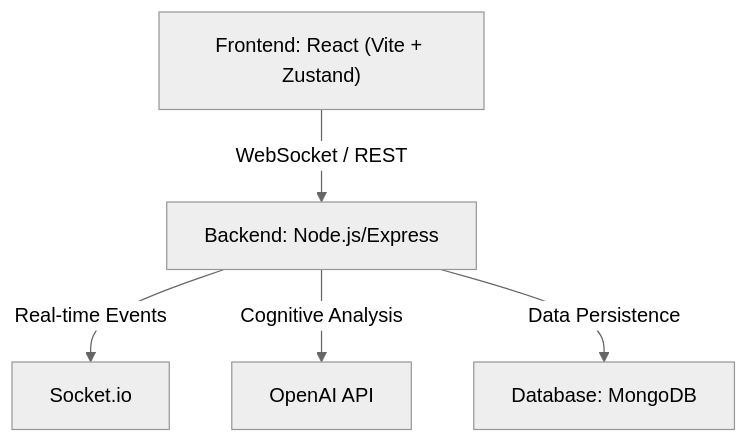
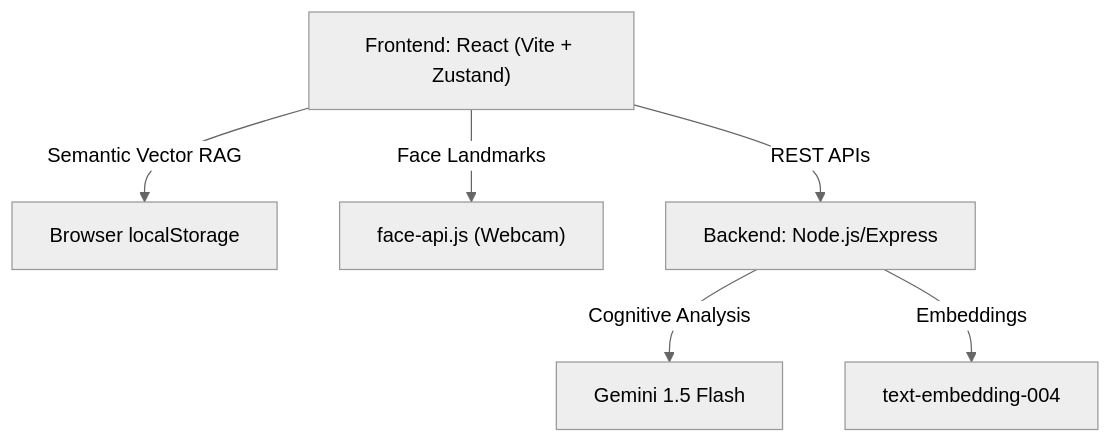
One commit to Adhan-Hashim/OkaySpace changed the diagram in README.md. Above: the diagram before and after it, drawn with Mermaid (neutral theme). The commit also changed other lines of this file and 16 other files, not shown here.

````diff
--- a/README.md
+++ b/README.md
@@ -55,7 +53,8 @@
 ```mermaid
 graph TD;
-    React["Frontend: React (Vite + Zustand)"]-->|WebSocket / REST|ExpressAPI["Backend: Node.js/Express"];
-    ExpressAPI-->|Real-time Events|SocketIO["Socket.io"];
-    ExpressAPI-->|Cognitive Analysis|OpenAI["OpenAI API"];
-    ExpressAPI-->|Data Persistence|MongoDB["Database: MongoDB"];
+    React["Frontend: React (Vite + Zustand)"]-->|Semantic Vector RAG|LocalDB["Browser localStorage"];
+    React-->|Face Landmarks|FaceAPI["face-api.js (Webcam)"];
+    React-->|REST APIs|ExpressAPI["Backend: Node.js/Express"];
+    ExpressAPI-->|Cognitive Analysis|Gemini["Gemini 1.5 Flash"];
+    ExpressAPI-->|Embeddings|GeminiEmbed["text-embedding-004"];
 ```
````
